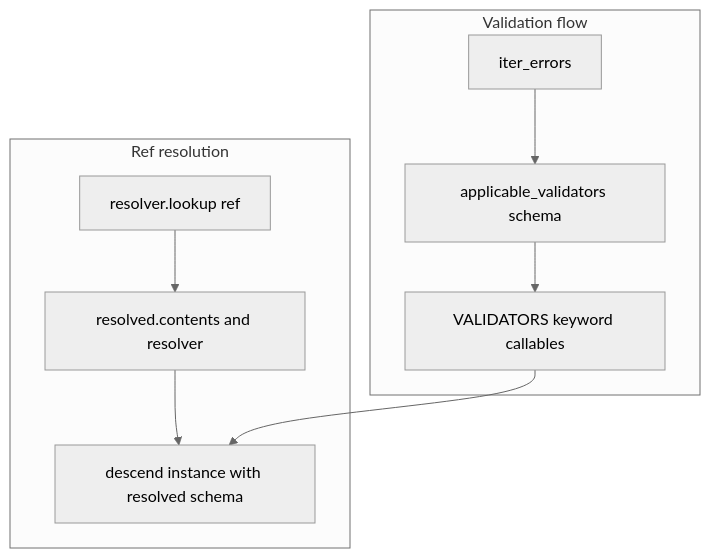
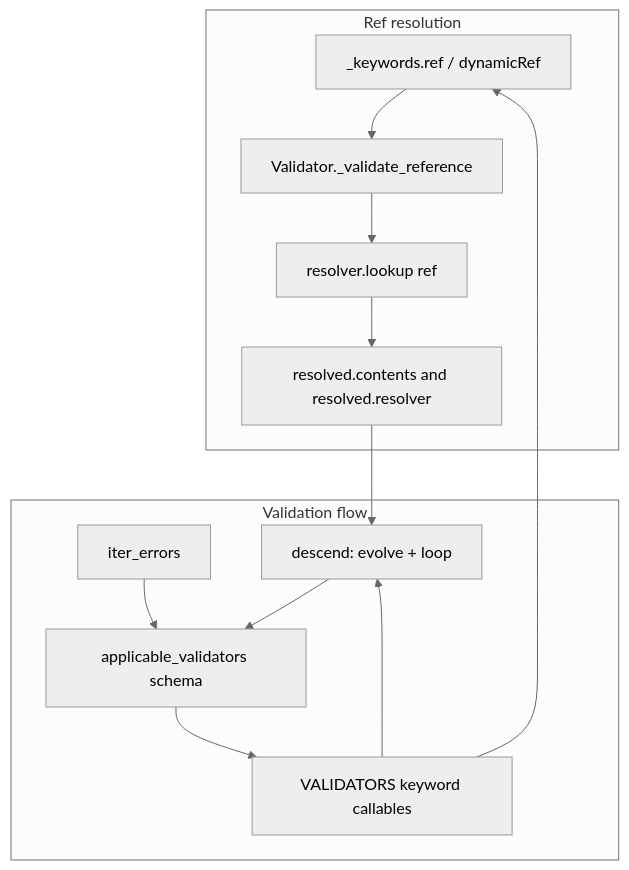
Before and after one commit to goddtriffin/json-schema-rs: the second of 2 diagrams in research/reports/python/python-jsonschema-jsonschema.md, drawn with Mermaid (neutral theme). The commit also changed other lines of this file and 51 other files, not shown here.

````diff
--- a/research/reports/python/python-jsonschema-jsonschema.md
+++ b/research/reports/python/python-jsonschema-jsonschema.md
@@ -124,18 +138,24 @@
 ```mermaid
 flowchart TB
   subgraph refResolution [Ref resolution]
-    Lookup[resolver.lookup ref]
-    Resolved[resolved.contents and resolver]
-    Descend[descend instance with resolved schema]
+    RefKw["_keywords.ref / dynamicRef"]
+    Validate["Validator._validate_reference"]
+    Lookup["resolver.lookup ref"]
+    Resolved["resolved.contents and resolved.resolver"]
+    RefKw --> Validate
+    Validate --> Lookup
     Lookup --> Resolved
-    Resolved --> Descend
   end
   subgraph validationFlow [Validation flow]
     IterErrors[iter_errors]
-    Applicable[applicable_validators schema]
-    Validators[VALIDATORS keyword callables]
+    Applicable["applicable_validators schema"]
+    Callables["VALIDATORS keyword callables"]
+    Descend["descend: evolve + loop"]
     IterErrors --> Applicable
-    Applicable --> Validators
-    Validators --> Descend
+    Applicable --> Callables
+    Callables --> Descend
+    Descend --> Applicable
   end
+  Resolved --> Descend
+  Callables --> RefKw
 ```
````
